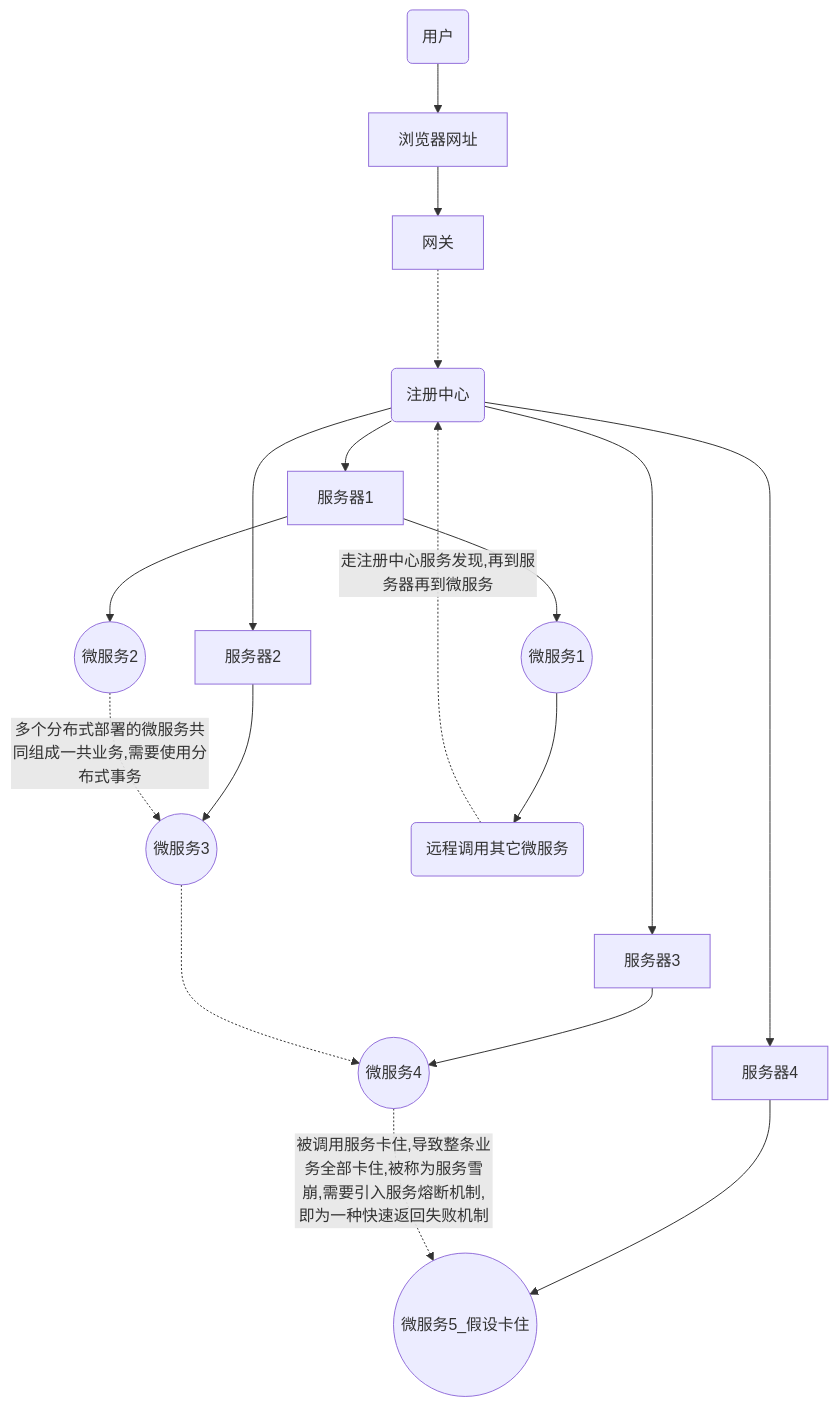
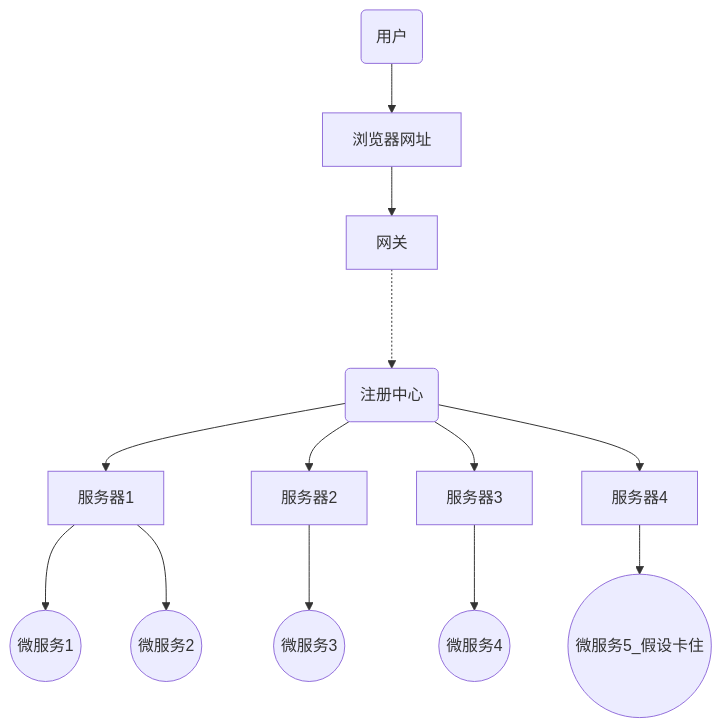
The diagram in README.md (IteratingSystem/cloud-demo), drawn with Mermaid before and after one commit. The commit also changed other lines of this file, not shown here.

Commit message:
完善分布式简介

````diff
--- a/README.md
+++ b/README.md
@@ -7,20 +7,15 @@
 ```mermaid
 graph TB
     User(用户) --> Browser[浏览器网址]
     Browser --> Gateway[网关]
     Gateway -..-> Nacos(注册中心)
     Nacos --> Service1[服务器1]
     Nacos --> Service2[服务器2]
     Nacos --> Service3[服务器3]
     Nacos --> Service4[服务器4]
     Service1 --> Server1((微服务1))
     Service1 --> Server2((微服务2))
     Service2 --> Server3((微服务3))
     Service3 --> Server4((微服务4))
     Service4 --> Server5((微服务5_假设卡住))
-    Server1 --> Remoting(远程调用其它微服务)
-    Remoting -.走注册中心服务发现,再到服务器再到微服务.-> Nacos
-    Server2 -.多个分布式部署的微服务共同组成一共业务,需要使用分布式事务.-> Server3
-    Server3 -..-> Server4
-    Server4 -.被调用服务卡住,导致整条业务全部卡住,被称为服务雪崩,需要引入服务熔断机制,即为一种快速返回失败机制.-> Server5
 ```
````
